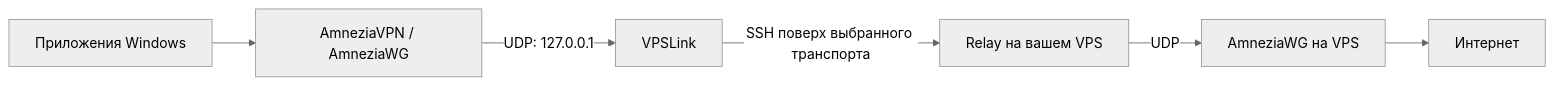
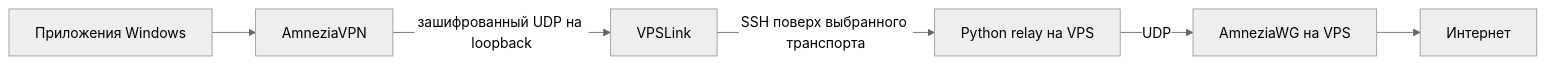
Before and after one commit to JOOOOOJA/VPSLink: the diagram in README.md, drawn with Mermaid (neutral theme). The commit also changed other lines of this file and 22 other files, not shown here.

````diff
--- a/README.md
+++ b/README.md
@@ -16,8 +37,8 @@
 ```mermaid
 flowchart LR
-    A[Приложения Windows] --> B[AmneziaVPN / AmneziaWG]
-    B -->|UDP: 127.0.0.1| C[VPSLink]
-    C -->|SSH поверх выбранного транспорта| D[Relay на вашем VPS]
-    D -->|UDP| E[AmneziaWG на VPS]
-    E --> F[Интернет]
+    Apps[Приложения Windows] --> AWG[AmneziaVPN]
+    AWG -->|зашифрованный UDP на loopback| Link[VPSLink]
+    Link -->|SSH поверх выбранного транспорта| Relay[Python relay на VPS]
+    Relay -->|UDP| Server[AmneziaWG на VPS]
+    Server --> Internet[Интернет]
 ```
````
